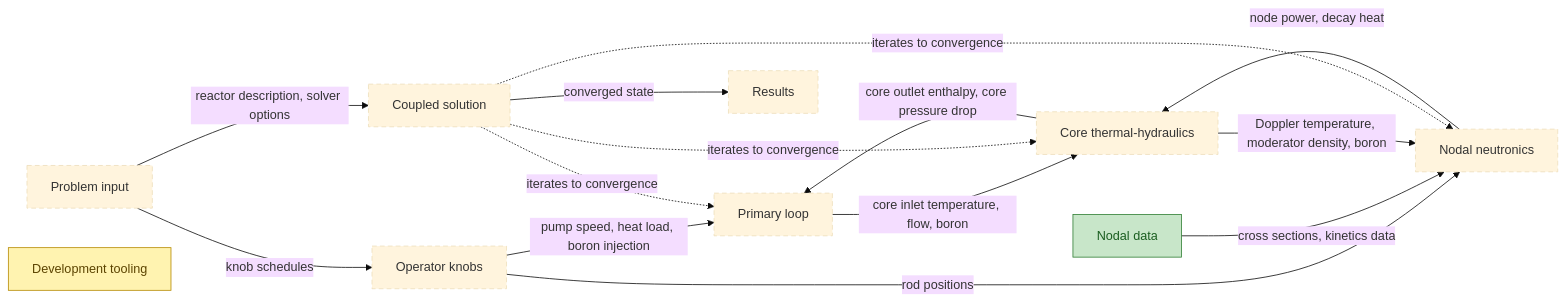
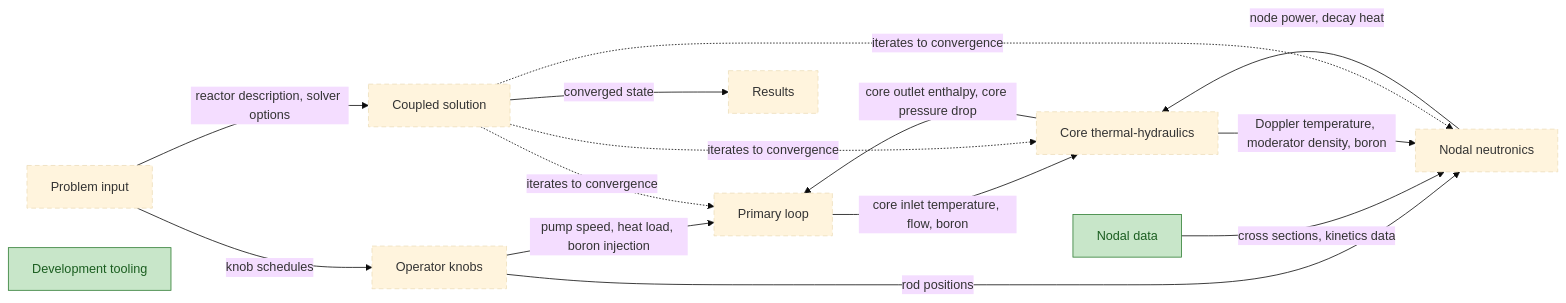
The first of 15 diagrams in Planning/DBC/CONCEPTS.md (aurja130/URUS), drawn with Mermaid (base theme) before and after one commit. The commit also changed other lines of this file and 4 other files, not shown here.

````diff
--- a/Planning/DBC/CONCEPTS.md
+++ b/Planning/DBC/CONCEPTS.md
@@ -20,24 +20,23 @@
 ```mermaid
 flowchart LR
 classDef implemented fill:#c8e6c9,stroke:#2e7d32,color:#1b5e20
 classDef partial fill:#fff3b0,stroke:#b58900,color:#5c4400
 classDef planned stroke-dasharray:6 4
 classDef external fill:#eeeeee,stroke:#9e9e9e,stroke-dasharray:1 3,color:#616161
 ProblemInput["Problem input"] -->|knob schedules| Knobs["Operator knobs"]
 ProblemInput -->|reactor description, solver options| Coupling["Coupled solution"]
 Knobs -->|pump speed, heat load, boron injection| PrimaryLoop["Primary loop"]
 Knobs -->|rod positions| Neutronics["Nodal neutronics"]
 NodalLibrary["Nodal data"] -->|cross sections, kinetics data| Neutronics
 PrimaryLoop -->|core inlet temperature, flow, boron| CoreThermalHydraulics["Core thermal-hydraulics"]
 CoreThermalHydraulics -->|core outlet enthalpy, core pressure drop| PrimaryLoop
 Neutronics -->|node power, decay heat| CoreThermalHydraulics
 CoreThermalHydraulics -->|Doppler temperature, moderator density, boron| Neutronics
 Coupling -.->|iterates to convergence| Neutronics
 Coupling -.->|iterates to convergence| CoreThermalHydraulics
 Coupling -.->|iterates to convergence| PrimaryLoop
 Coupling -->|converged state| Results["Results"]
 Tooling["Development tooling"]
 class ProblemInput,Knobs,Neutronics,CoreThermalHydraulics,PrimaryLoop,Coupling,Results planned
-class NodalLibrary implemented
-class Tooling partial
+class NodalLibrary,Tooling implemented
 ```
````
